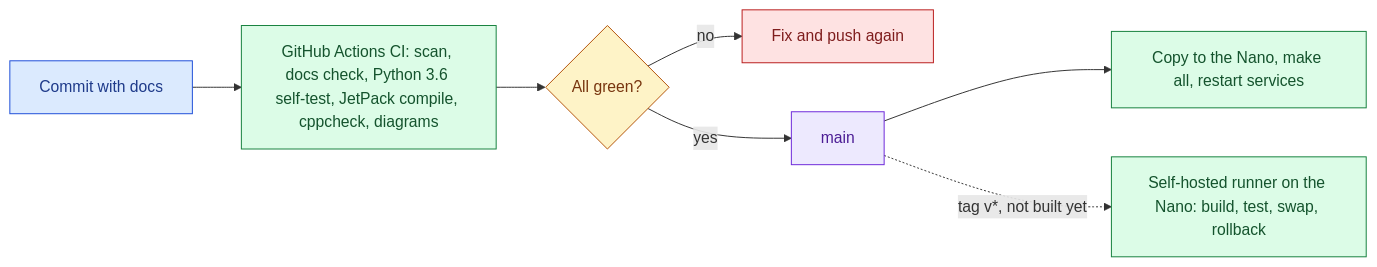
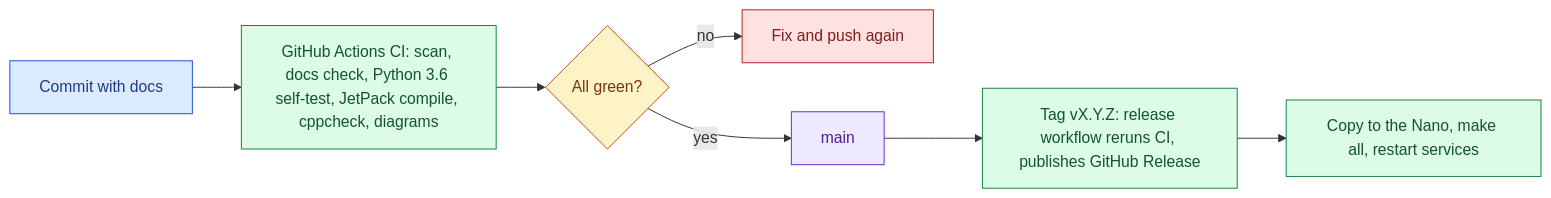
The second of 2 diagrams in docs/ARCHITECTURE.md (hamza-aziz-ai/Jetson-Nano-Face-Recognition-Attendance-System), drawn with Mermaid before and after one commit. The commit also changed other lines of this file and 5 other files, not shown here.

First line of the commit message:
README: System Design and Solution Architecture sections

````diff
--- a/docs/ARCHITECTURE.md
+++ b/docs/ARCHITECTURE.md
@@ -46,14 +46,14 @@
 ```mermaid
 flowchart LR
   DEV["`Commit with docs`"]:::entry --> CI["`GitHub Actions CI: scan, docs check, Python 3.6 self-test, JetPack compile, cppcheck, diagrams`"]:::step
   CI --> OK{"`All green?`"}:::decision
   OK -->|"`no`"| FIX["`Fix and push again`"]:::error
   OK -->|"`yes`"| MAIN["`main`"]:::outcome
-  MAIN --> MANUAL["`Copy to the Nano, make all, restart services`"]:::step
-  MAIN -. "`tag v*, not built yet`" .-> RUNNER["`Self-hosted runner on the Nano: build, test, swap, rollback`"]:::step
+  MAIN --> TAG["`Tag vX.Y.Z: release workflow reruns CI, publishes GitHub Release`"]:::step
+  TAG --> MANUAL["`Copy to the Nano, make all, restart services`"]:::step
   classDef entry fill:#dbeafe,stroke:#1d4ed8,color:#1e3a8a
   classDef step fill:#dcfce7,stroke:#15803d,color:#14532d
   classDef decision fill:#fef3c7,stroke:#b45309,color:#78350f
   classDef outcome fill:#ede9fe,stroke:#6d28d9,color:#4c1d95
   classDef error fill:#fee2e2,stroke:#b91c1c,color:#7f1d1d
 ```
````
